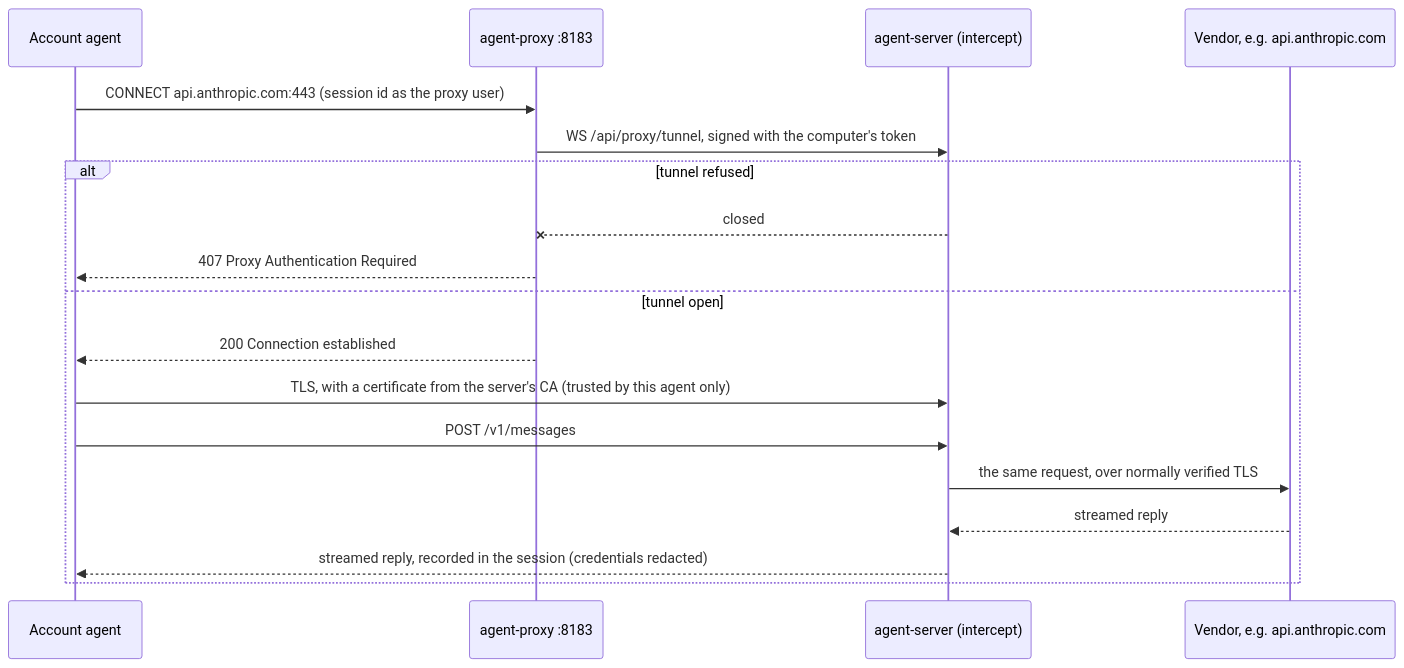
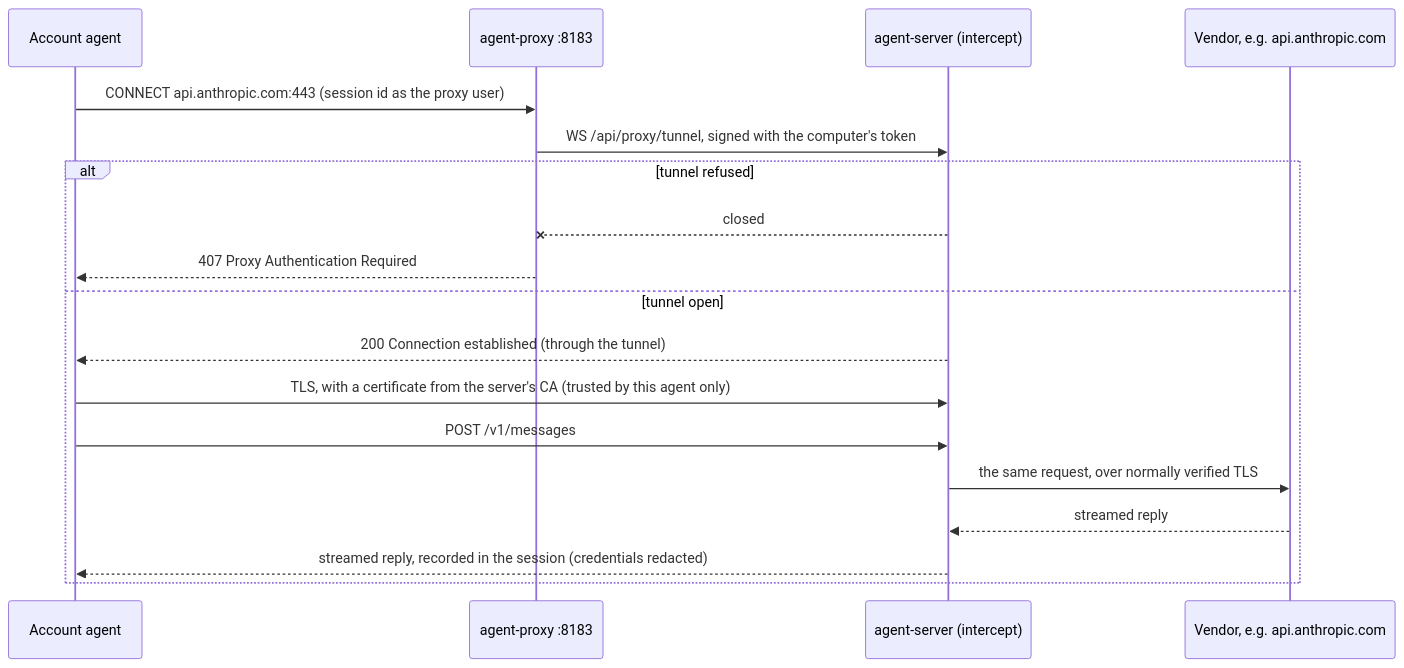
The third of 5 diagrams in docs/architecture.md (joeyenfield/ai-coding-agent-proxy), drawn with Mermaid before and after one commit. The commit also changed other lines of this file and 256 other files, not shown here.

````diff
--- a/docs/architecture.md
+++ b/docs/architecture.md
@@ -176,20 +176,20 @@
 ```mermaid
 sequenceDiagram
   participant A as Account agent
   participant P as agent-proxy :8183
   participant S as agent-server (intercept)
   participant V as Vendor, e.g. api.anthropic.com
   A->>P: CONNECT api.anthropic.com:443 (session id as the proxy user)
   P->>S: WS /api/proxy/tunnel, signed with the computer's token
   alt tunnel refused
     S--xP: closed
     P-->>A: 407 Proxy Authentication Required
   else tunnel open
-    P-->>A: 200 Connection established
+    S-->>A: 200 Connection established (through the tunnel)
     A->>S: TLS, with a certificate from the server's CA (trusted by this agent only)
     A->>S: POST /v1/messages
     S->>V: the same request, over normally verified TLS
     V-->>S: streamed reply
     S-->>A: streamed reply, recorded in the session (credentials redacted)
   end
 ```
````
